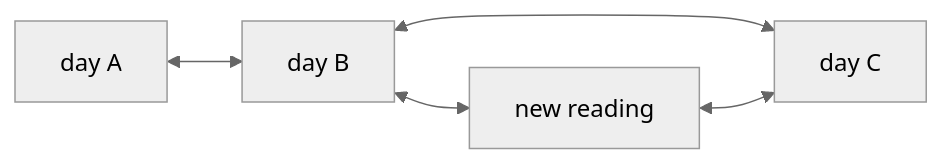
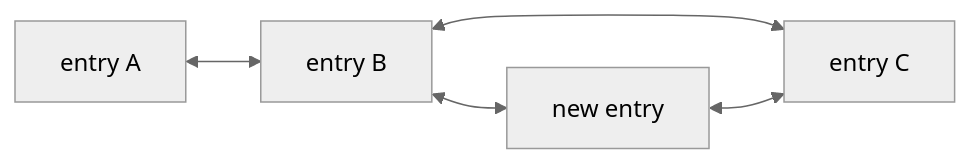
Before and after one commit to qgjones9/python-programming-guide: the seventh of 10 diagrams in docs/dsa/data-structures/doubly-linked-list/index.md, drawn with Mermaid (neutral theme). The commit also changed other lines of this file and 31 other files, not shown here.

````diff
--- a/docs/dsa/data-structures/doubly-linked-list/index.md
+++ b/docs/dsa/data-structures/doubly-linked-list/index.md
@@ -660,7 +660,7 @@
 ```mermaid
 flowchart LR
-  A["day A"] <--> B["day B"]
-  B <--> C["day C"]
-  B <--> NEW["new reading"]
+  A["entry A"] <--> B["entry B"]
+  B <--> C["entry C"]
+  B <--> NEW["new entry"]
   NEW <--> C
 ```
````
